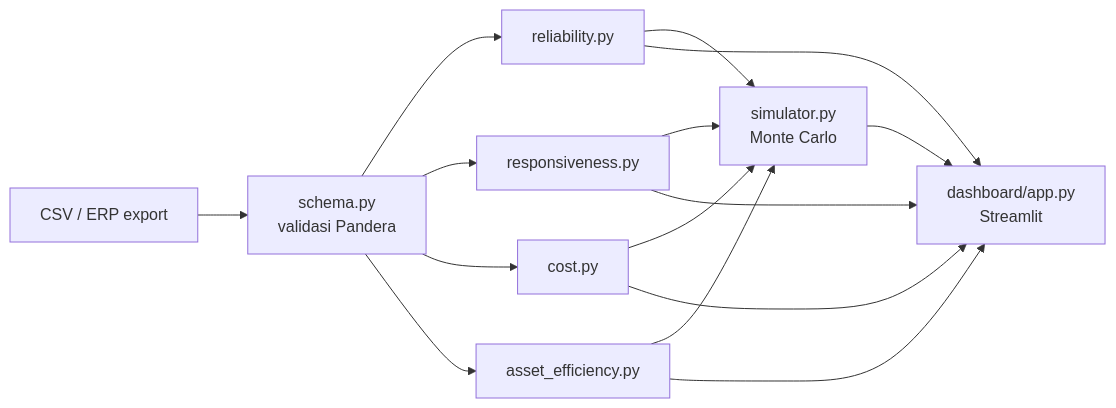
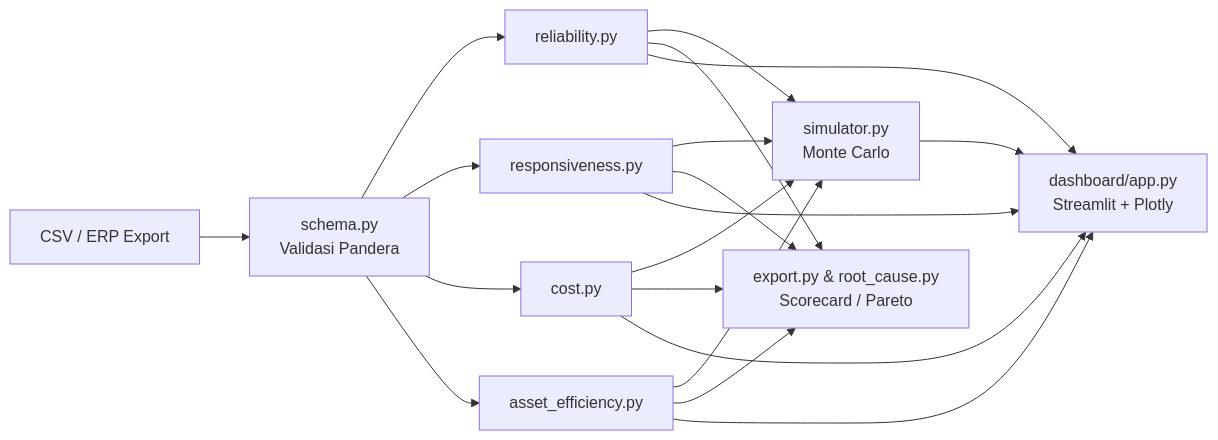
One commit to nazaa-arch/Scor-py changed the diagram in README.md. Above: the diagram before and after it, drawn with Mermaid. The commit also changed other lines of this file and 1 other file, not shown here.

Commit message:
docs: upgrade project README with ARES-style layout, dashboard screenshot, and verified stats

````diff
--- a/README.md
+++ b/README.md
@@ -121,11 +107,11 @@
 ```mermaid
 flowchart LR
-    A[CSV / ERP export] --> B[schema.py<br/>validasi Pandera]
+    A[CSV / ERP Export] --> B[schema.py<br/>Validasi Pandera]
     B --> C[reliability.py]
     B --> D[responsiveness.py]
     B --> E[cost.py]
     B --> F[asset_efficiency.py]
     C & D & E & F --> G[simulator.py<br/>Monte Carlo]
-    C & D & E & F --> H[dashboard/app.py<br/>Streamlit]
-    G --> H
+    C & D & E & F --> H[export.py &amp; root_cause.py<br/>Scorecard / Pareto]
+    C & D & E & F & G --> I[dashboard/app.py<br/>Streamlit + Plotly]
 ```
````
